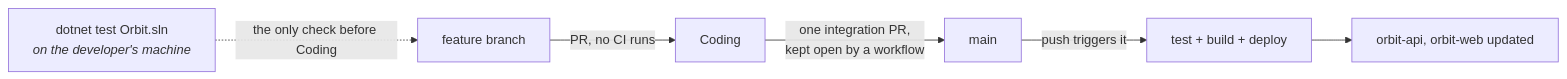
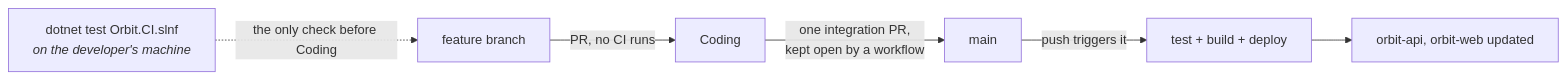
One commit to NorArax-NeflinOwl/orbit changed the second of 2 diagrams in info/uml/deployment.md. Above: the diagram before and after it, drawn with Mermaid. The commit also changed other lines of this file and 12 other files, not shown here.

````diff
--- a/info/uml/deployment.md
+++ b/info/uml/deployment.md
@@ -80,9 +80,9 @@
 ```mermaid
 flowchart LR
     branch["feature branch"] -->|"PR, no CI runs"| coding["Coding"]
     coding -->|"one integration PR,<br/>kept open by a workflow"| main["main"]
     main -->|"push triggers it"| suite["test + build + deploy"]
     suite --> deployed["orbit-api, orbit-web updated"]
 
-    local["dotnet test Orbit.sln<br/><i>on the developer's machine</i>"] -.->|the only check before Coding| branch
+    local["dotnet test Orbit.CI.slnf<br/><i>on the developer's machine</i>"] -.->|the only check before Coding| branch
 ```
````
